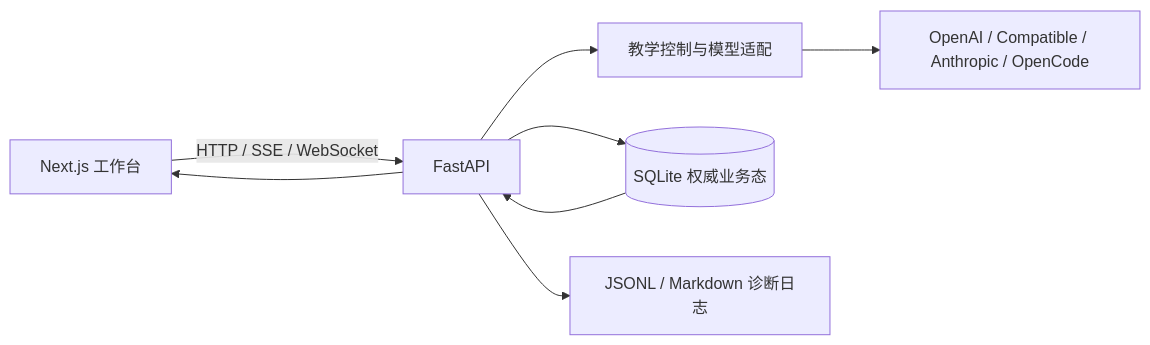
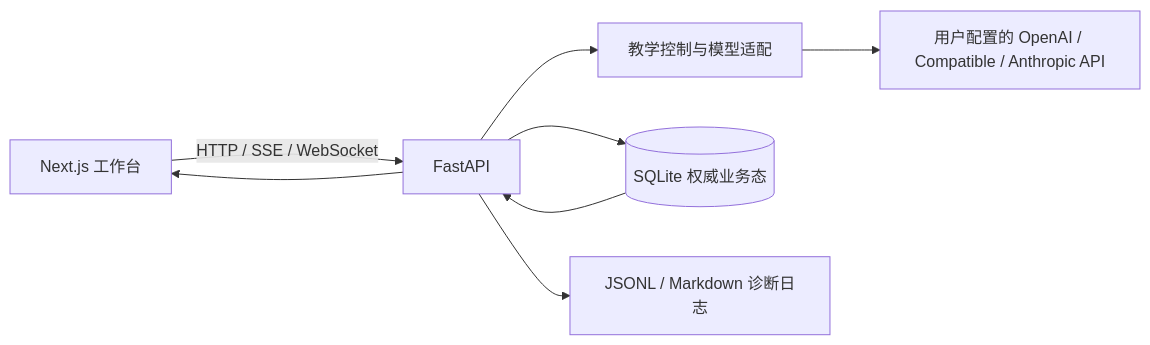
One commit to robbinpanda/Diagnostic-teaching changed the diagram in docs/system-overview.md. Above: the diagram before and after it, drawn with Mermaid. The commit also changed 38 other files, not shown here.

````diff
--- a/docs/system-overview.md
+++ b/docs/system-overview.md
@@ -21,10 +21,10 @@
 ```mermaid
 flowchart LR
   UI["Next.js 工作台"] -->|HTTP / SSE / WebSocket| API["FastAPI"]
   API --> CORE["教学控制与模型适配"]
-  CORE --> PROVIDER["OpenAI / Compatible / Anthropic / OpenCode"]
+  CORE --> PROVIDER["用户配置的 OpenAI / Compatible / Anthropic API"]
   API --> DB[("SQLite 权威业务态")]
   API --> LOGS["JSONL / Markdown 诊断日志"]
   DB --> API
   API --> UI
 ```
````
